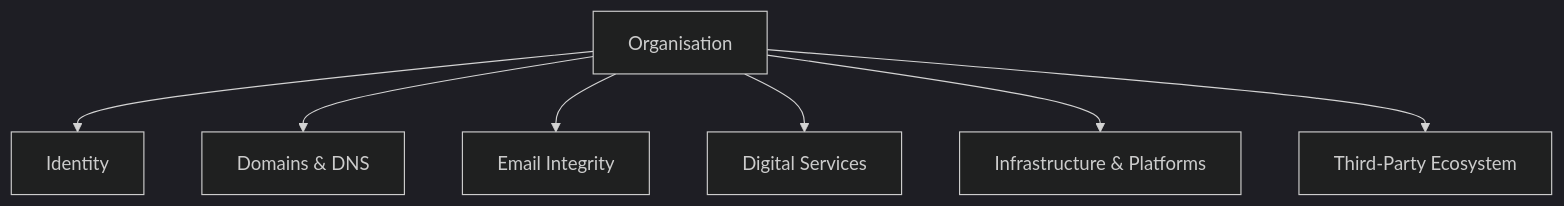
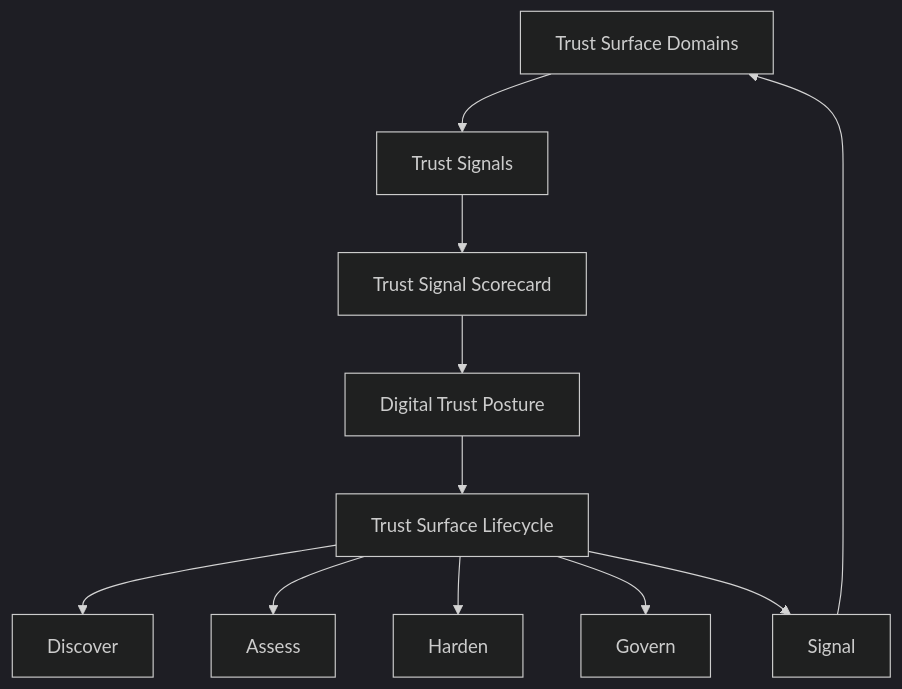
One commit to bchetcuti/trust-surface-framework changed the diagram in framework/04-trust-surface-map.md. Above: the diagram before and after it, drawn with Mermaid (dark theme). The commit also changed other lines of this file and 14 other files, not shown here.

````diff
--- a/framework/04-trust-surface-map.md
+++ b/framework/04-trust-surface-map.md
@@ -18,9 +18,17 @@
 ```mermaid
-graph TD
-A[Organisation] --> B[Identity]
-A --> C[Domains & DNS]
-A --> D[Email Integrity]
-A --> E[Digital Services]
-A --> F[Infrastructure & Platforms]
-A --> G[Third-Party Ecosystem]
+flowchart TD
+
+A[Trust Surface Domains] --> B[Trust Signals]
+B --> C[Trust Signal Scorecard]
+C --> D[Digital Trust Posture]
+
+D --> E[Trust Surface Lifecycle]
+
+E --> F[Discover]
+E --> G[Assess]
+E --> H[Harden]
+E --> I[Govern]
+E --> J[Signal]
+
+J --> A
 ```
````
